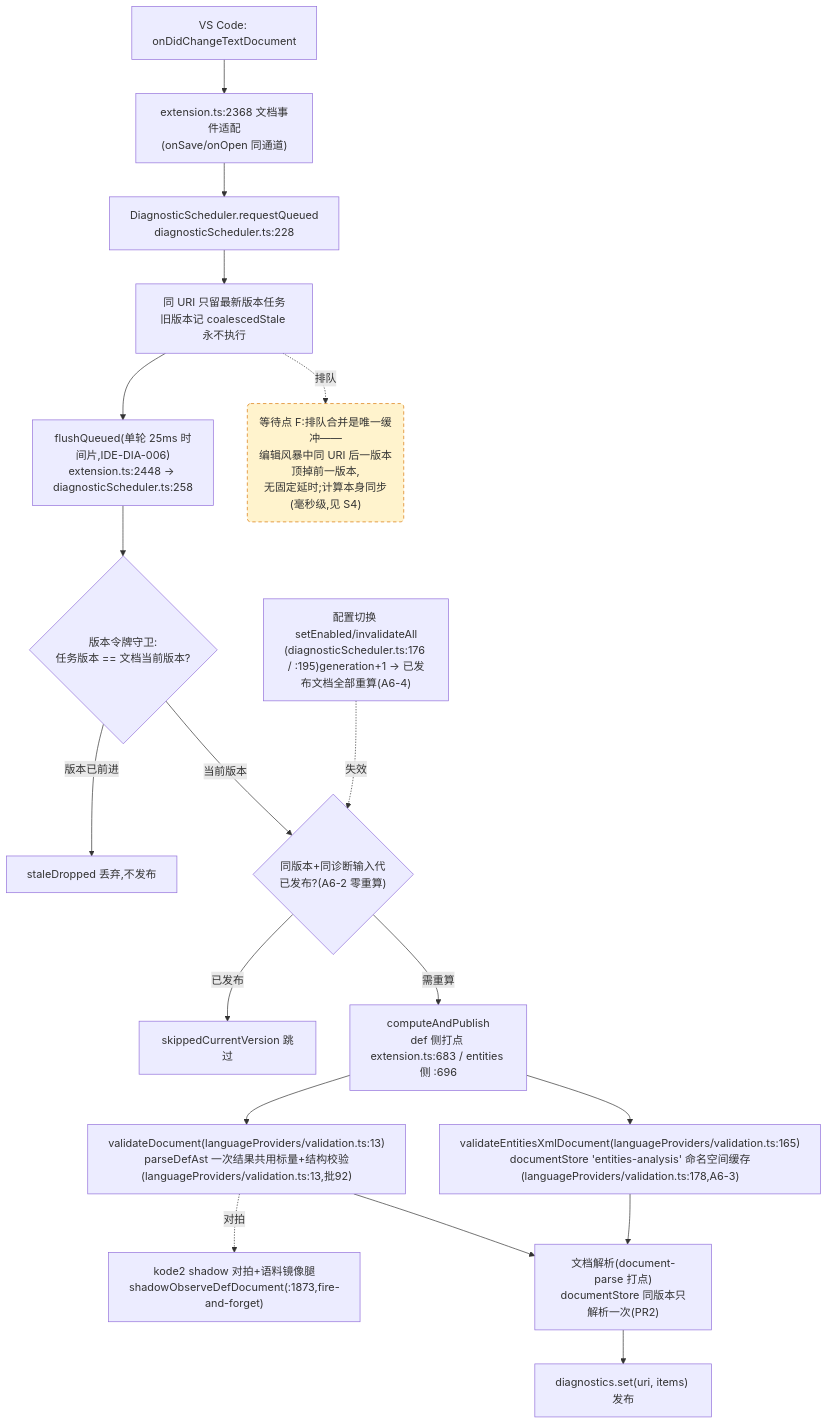
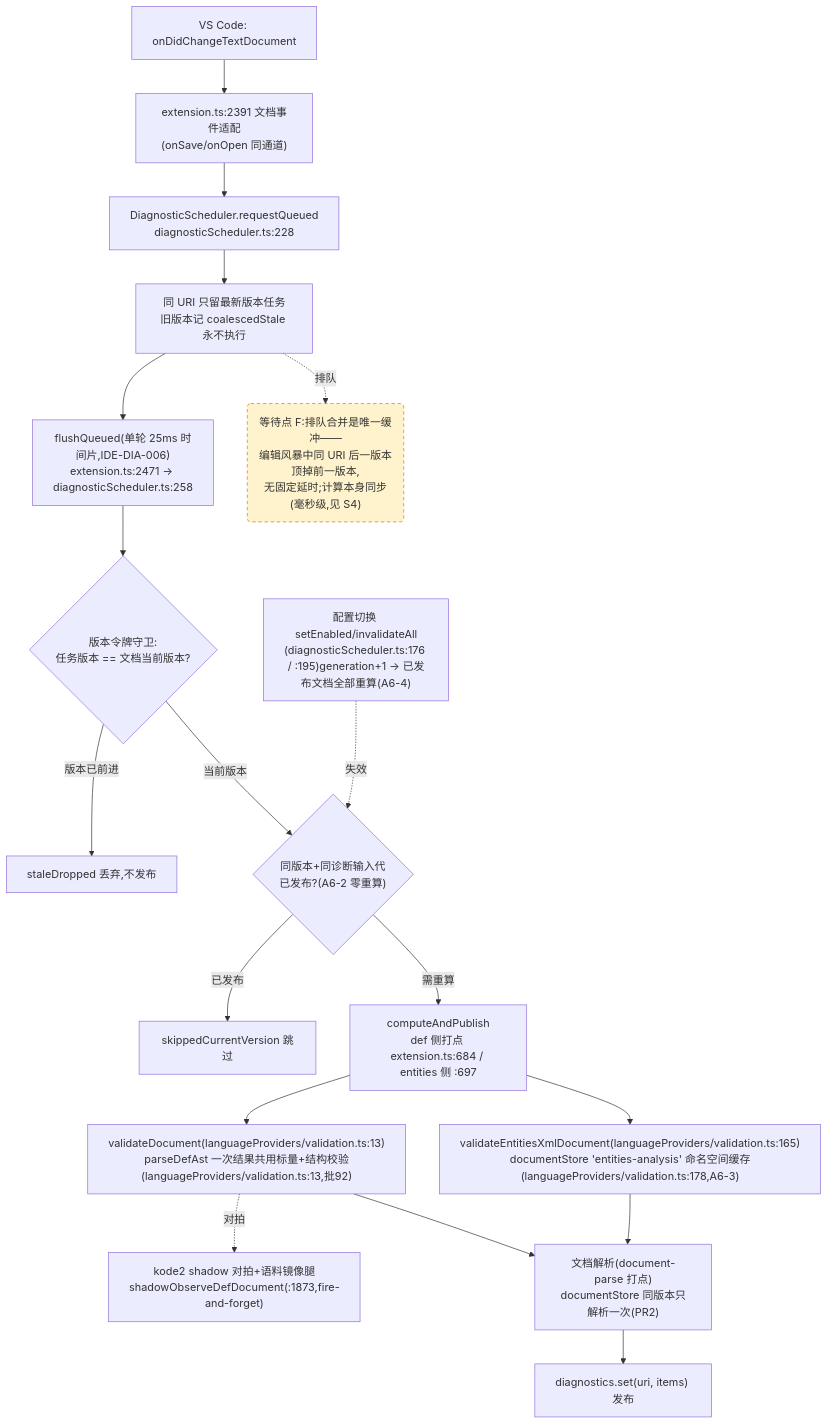
The fourth of 4 diagrams in docs/perf/2026-baseline.md (cuihairu/kode), drawn with Mermaid before and after one commit. The commit also changed other lines of this file and 3 other files, not shown here.

````diff
--- a/docs/perf/2026-baseline.md
+++ b/docs/perf/2026-baseline.md
@@ -214,38 +214,38 @@
 ```mermaid
 flowchart TD
   CHG["VS Code: onDidChangeTextDocument"]
-  WATCH["extension.ts:2368 文档事件适配<br/>(onSave/onOpen 同通道)"]
+  WATCH["extension.ts:2391 文档事件适配<br/>(onSave/onOpen 同通道)"]
   RQ["DiagnosticScheduler.requestQueued<br/>diagnosticScheduler.ts:228"]
   CO["同 URI 只留最新版本任务<br/>旧版本记 coalescedStale 永不执行"]
-  FL["flushQueued(单轮 25ms 时间片,IDE-DIA-006)<br/>extension.ts:2448 → diagnosticScheduler.ts:258"]
+  FL["flushQueued(单轮 25ms 时间片,IDE-DIA-006)<br/>extension.ts:2471 → diagnosticScheduler.ts:258"]
   VG{"版本令牌守卫:<br/>任务版本 == 文档当前版本?"}
   DROP["staleDropped 丢弃,不发布"]
   GEN{"同版本+同诊断输入代<br/>已发布?(A6-2 零重算)"}
   SKIP["skippedCurrentVersion 跳过"]
-  CALC["computeAndPublish<br/>def 侧打点 extension.ts:683 / entities 侧 :696"]
+  CALC["computeAndPublish<br/>def 侧打点 extension.ts:684 / entities 侧 :697"]
   VD["validateDocument(languageProviders/validation.ts:13)<br/>parseDefAst 一次结果共用标量+结构校验(languageProviders/validation.ts:13,批92)"]
   VEX["validateEntitiesXmlDocument(languageProviders/validation.ts:165)<br/>documentStore 'entities-analysis' 命名空间缓存(languageProviders/validation.ts:178,A6-3)"]
   SHDD["kode2 shadow 对拍+语料镜像腿<br/>shadowObserveDefDocument(:1873,fire-and-forget)"]
   DS["文档解析(document-parse 打点)<br/>documentStore 同版本只解析一次(PR2)"]
   PUB["diagnostics.set(uri, items) 发布"]
   CFG2["配置切换 setEnabled/invalidateAll<br/>(diagnosticScheduler.ts:176 / :195)generation+1 → 已发布文档全部重算(A6-4)"]
 
   CHG --> WATCH --> RQ --> CO --> FL --> VG
   VG -- "版本已前进" --> DROP
   VG -- "当前版本" --> GEN
   GEN -- "已发布" --> SKIP
   GEN -- "需重算" --> CALC
   CALC --> VD
   CALC --> VEX
   VD --> DS
   VEX --> DS
   DS --> PUB
   VD -.->|对拍| SHDD
   CFG2 -.->|失效| GEN
 
   WAITF("等待点 F:排队合并是唯一缓冲——<br/>编辑风暴中同 URI 后一版本顶掉前一版本,<br/>无固定延时;计算本身同步(毫秒级,见 S4)")
   CO -.->|排队| WAITF
 
   classDef waitPoint fill:#fff3cd,stroke:#d97706,stroke-dasharray:5 4;
   class WAITF waitPoint;
 ```
````
